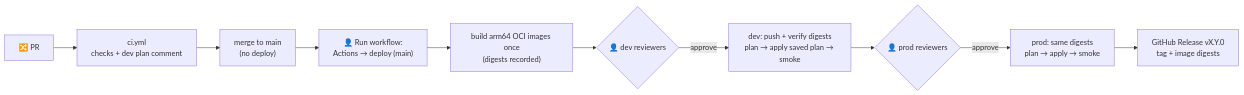
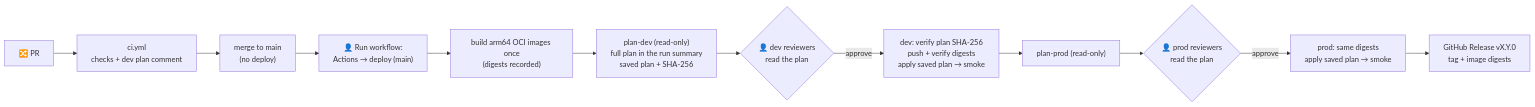
Before and after one commit to perspectivism/url-shortener-ecs-fargate: diagram 15 of 15 in docs/runbook.md, drawn with Mermaid. The commit also changed other lines of this file and 62 other files, not shown here.

````diff
--- a/docs/runbook.md
+++ b/docs/runbook.md
@@ -461,12 +470,14 @@
 ```mermaid
 flowchart LR
     pr["🔀 PR"] --> ci["ci.yml<br/>checks + dev plan comment"]
     ci --> merge["merge to main<br/>(no deploy)"]
     merge --> run["👤 Run workflow:<br/>Actions → deploy (main)"]
     run --> build["build arm64 OCI images once<br/>(digests recorded)"]
-    build --> wdev{"👤 dev reviewers"}
-    wdev -->|approve| dev["dev: push + verify digests<br/>plan → apply saved plan → smoke"]
-    dev --> wait{"👤 prod reviewers"}
-    wait -->|approve| prod["prod: same digests<br/>plan → apply → smoke"]
+    build --> pdev["plan-dev (read-only)<br/>full plan in the run summary<br/>saved plan + SHA-256"]
+    pdev --> wdev{"👤 dev reviewers<br/>read the plan"}
+    wdev -->|approve| dev["dev: verify plan SHA-256<br/>push + verify digests<br/>apply saved plan → smoke"]
+    dev --> pprod["plan-prod (read-only)"]
+    pprod --> wait{"👤 prod reviewers<br/>read the plan"}
+    wait -->|approve| prod["prod: same digests<br/>apply saved plan → smoke"]
     prod --> rel["GitHub Release vX.Y.0<br/>tag + image digests"]
 ```
````
